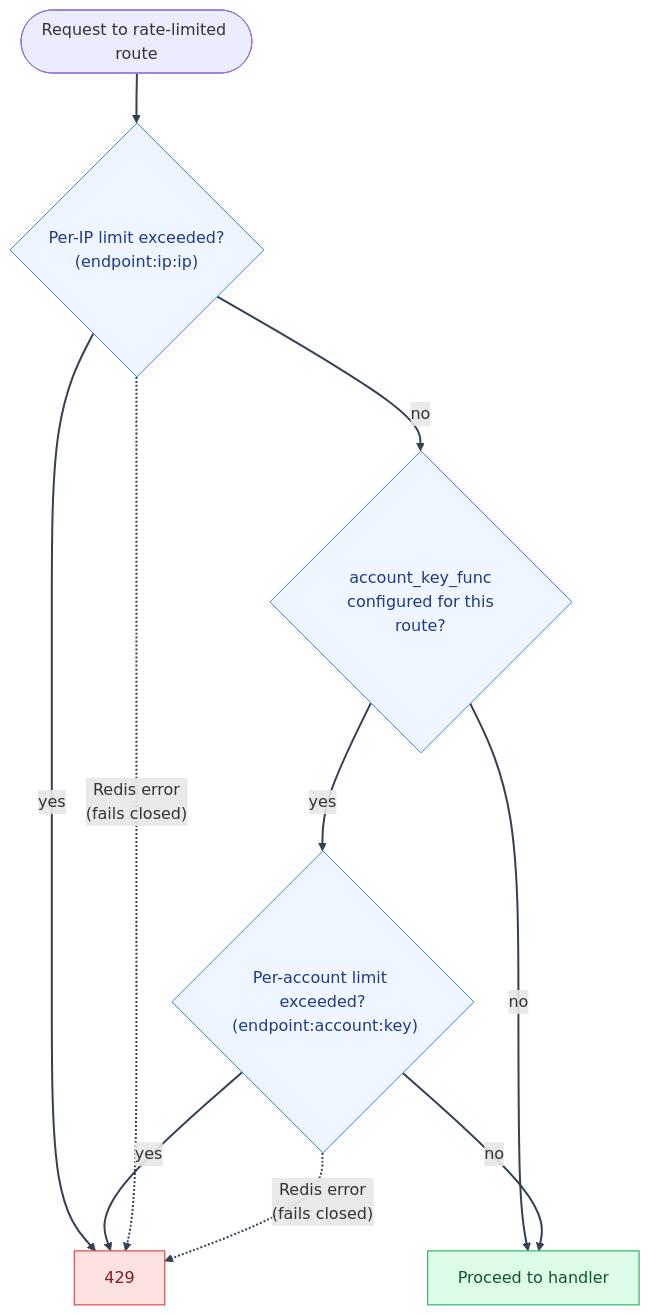
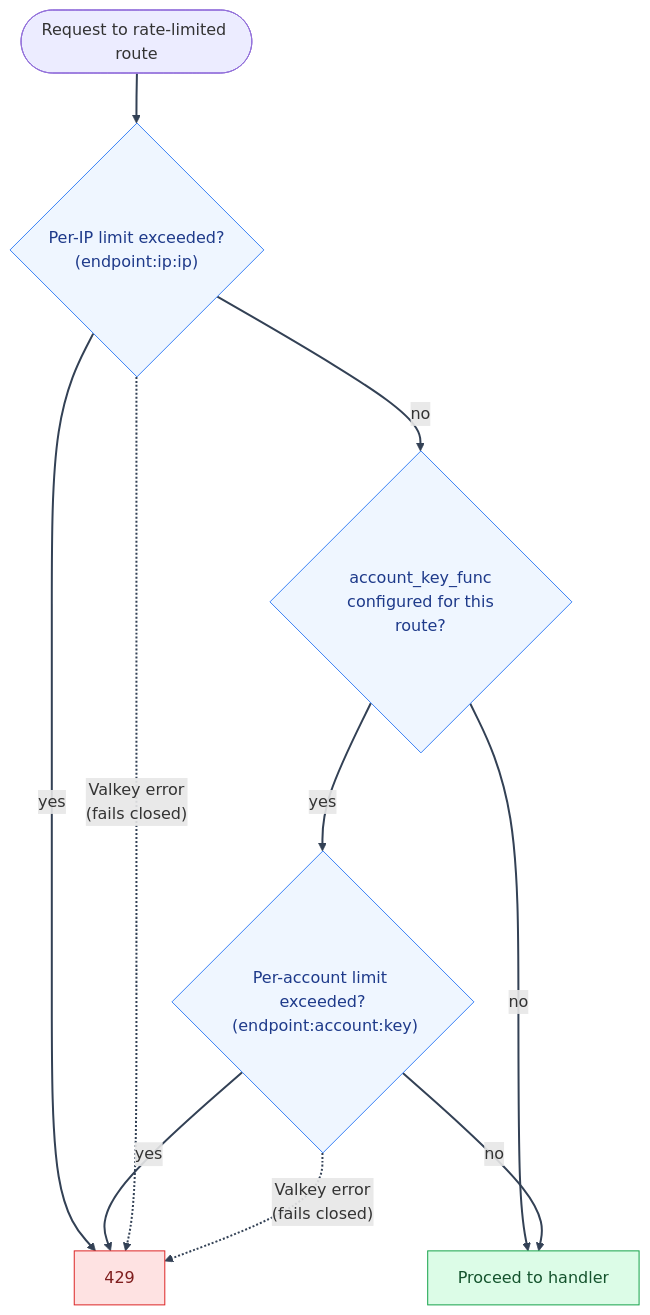
One commit to Nachiket-2024/mystic-auth changed the first of 2 diagrams in docs/mystic_auth/security/hardening-abuse-prevention.md. Above: the diagram before and after it, drawn with Mermaid. The commit also changed other lines of this file and 905 other files, not shown here.

First line of the commit message:
Replaced Chakra UI with shadcn/Radix, migrated Redis to Valkey, revamped UI/UX

````diff
--- a/docs/mystic_auth/security/hardening-abuse-prevention.md
+++ b/docs/mystic_auth/security/hardening-abuse-prevention.md
@@ -19,20 +19,20 @@
 ```mermaid
 %%{init: {"themeVariables": {"lineColor": "#334155"}} }%%
 flowchart TD
     Start(["Request to rate-limited route"]) --> IP{"Per-IP limit exceeded?\n (endpoint:ip:ip)"}
     IP -- "yes" --> R429["429"]
     IP -- "no" --> HasAccount{"account_key_func\n configured for this route?"}
     HasAccount -- "no" --> Allow["Proceed to handler"]
     HasAccount -- "yes" --> Acct{"Per-account limit exceeded?\n (endpoint:account:key)"}
     Acct -- "yes" --> R429
     Acct -- "no" --> Allow
-    IP -. "Redis error\n (fails closed)" .-> R429
-    Acct -. "Redis error\n (fails closed)" .-> R429
+    IP -. "Valkey error\n (fails closed)" .-> R429
+    Acct -. "Valkey error\n (fails closed)" .-> R429
     classDef success fill:#dcfce7,stroke:#16a34a,color:#14532d
     classDef blocked fill:#fee2e2,stroke:#dc2626,color:#7f1d1d
     classDef decision fill:#eff6ff,stroke:#3b82f6,color:#1e3a8a
     class Allow success
     class R429 blocked
     class IP,HasAccount,Acct decision
     linkStyle default stroke:#334155,stroke-width:2px
 ```
````
